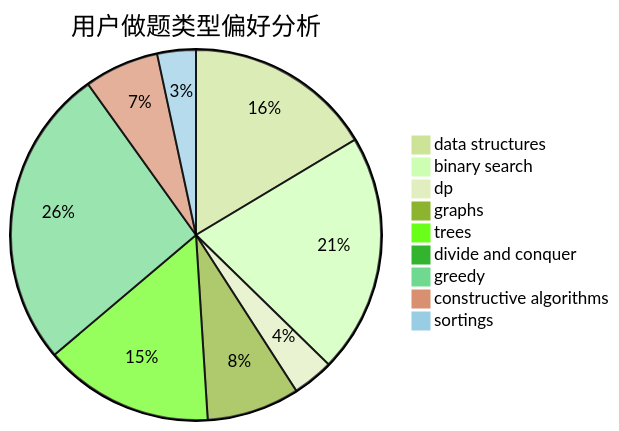
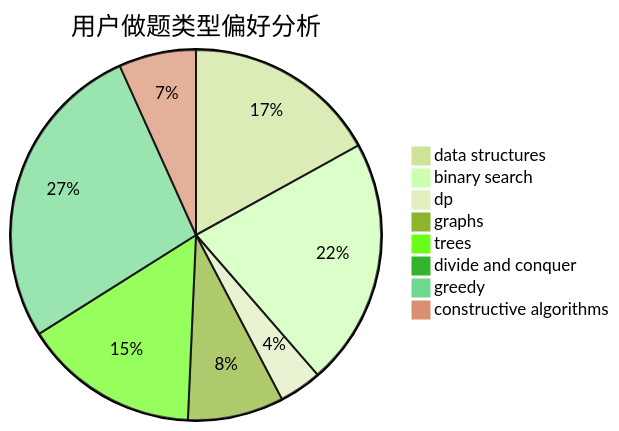
One commit to sherpahu/cfrs.github.io changed the second of 3 diagrams in docs/user/u1150.md. Above: the diagram before and after it, drawn with Mermaid (forest theme). The commit also changed other lines of this file and 2769 other files, not shown here.

````diff
--- a/docs/user/u1150.md
+++ b/docs/user/u1150.md
@@ -18,12 +18,11 @@
 ```mermaid
 pie title 用户做题类型偏好分析
     "data structures" :  73
     "binary search" :  93
     "dp" :  16
     "graphs" :  36
     "trees" :  66
     "divide and conquer" :  1
     "greedy" :  117
     "constructive algorithms" :  29
-    "sortings" :  15
 ```
````
